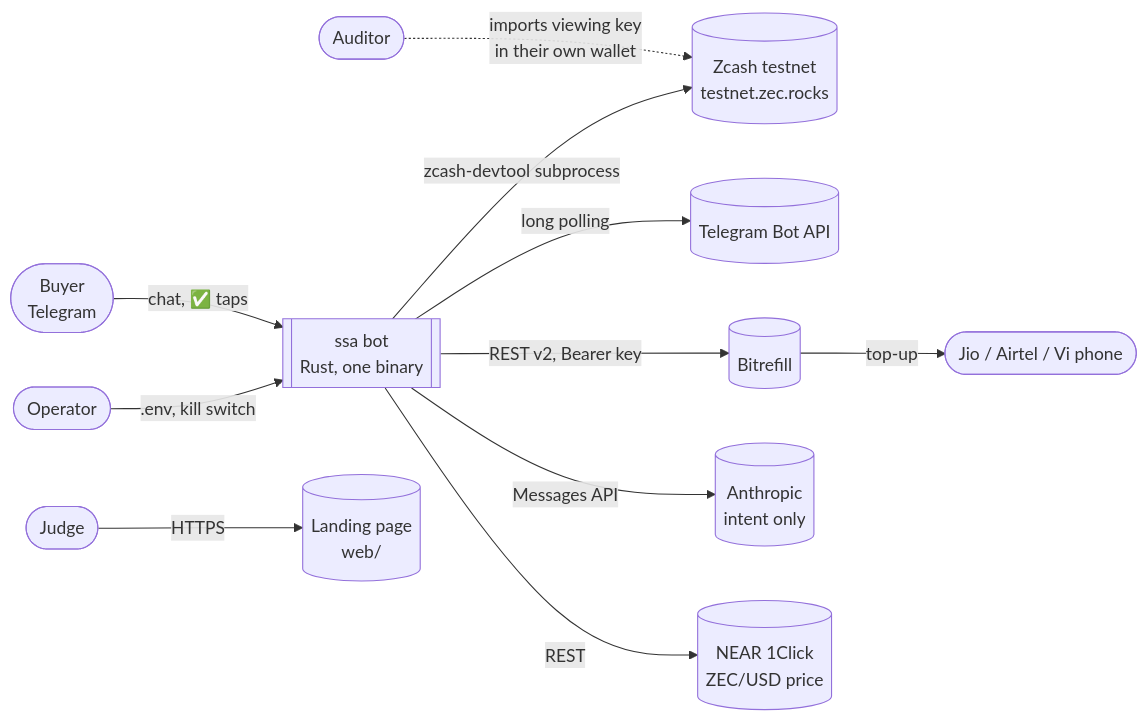
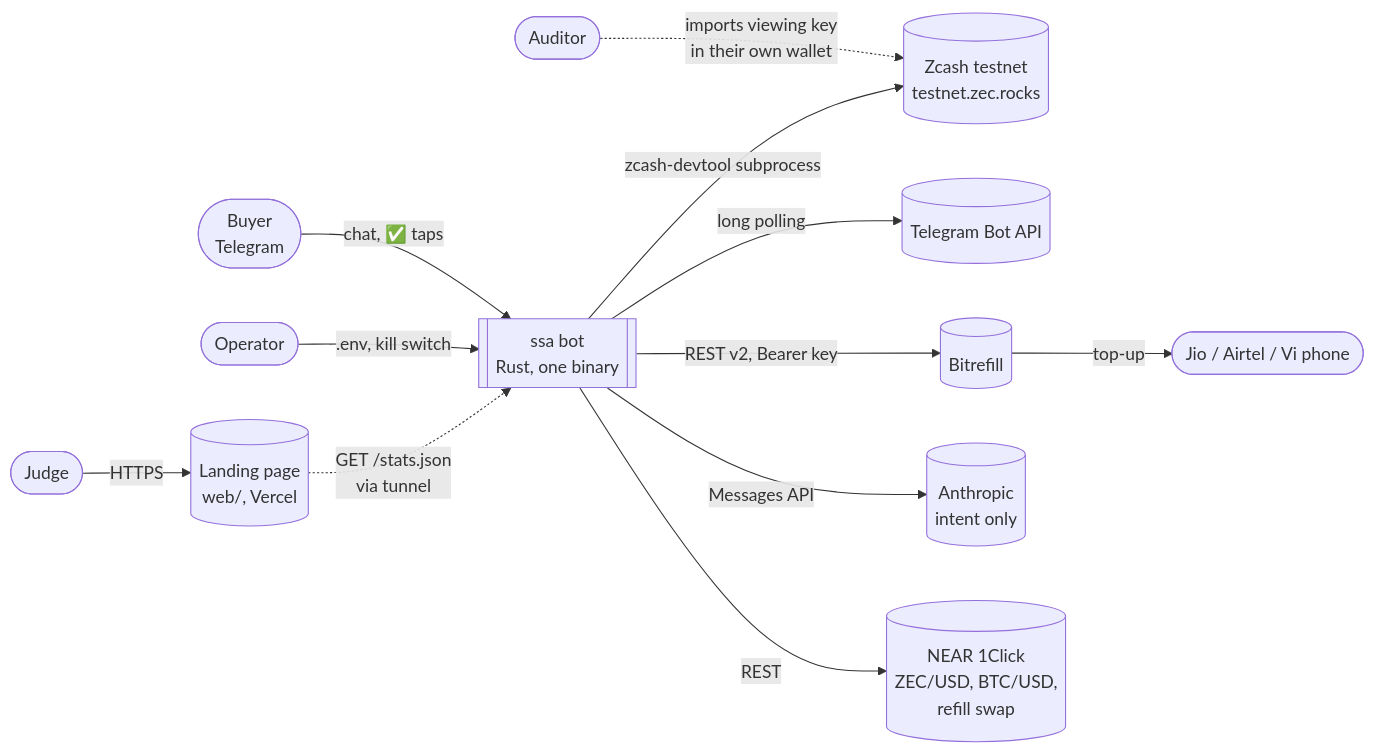
Before and after one commit to Vishal4742/shielded-shopping-agent: the first of 5 diagrams in ARCHITECTURE.md, drawn with Mermaid. The commit also changed other lines of this file and 6 other files, not shown here.

````diff
--- a/ARCHITECTURE.md
+++ b/ARCHITECTURE.md
@@ -13,13 +13,14 @@
 ```mermaid
 flowchart LR
   buyer([Buyer<br/>Telegram]) -->|chat, ✅ taps| SSA[[ssa bot<br/>Rust, one binary]]
   operator([Operator]) -->|.env, kill switch| SSA
   auditor([Auditor]) -.->|imports viewing key<br/>in their own wallet| ZN
   SSA -->|long polling| TG[(Telegram Bot API)]
   SSA -->|zcash-devtool subprocess| ZN[(Zcash testnet<br/>testnet.zec.rocks)]
   SSA -->|REST v2, Bearer key| BR[(Bitrefill)]
   SSA -->|Messages API| AN[(Anthropic<br/>intent only)]
-  SSA -->|REST| NI[(NEAR 1Click<br/>ZEC/USD price)]
+  SSA -->|REST| NI[(NEAR 1Click<br/>ZEC/USD, BTC/USD,<br/>refill swap)]
   BR -->|top-up| phone([Jio / Airtel / Vi phone])
-  visitor([Judge]) -->|HTTPS| WEB[(Landing page<br/>web/)]
+  visitor([Judge]) -->|HTTPS| WEB[(Landing page<br/>web/, Vercel)]
+  WEB -.->|GET /stats.json<br/>via tunnel| SSA
 ```
````
